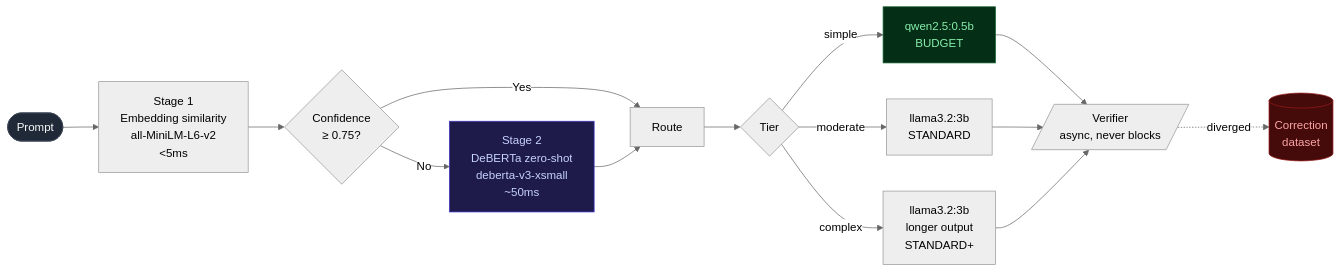
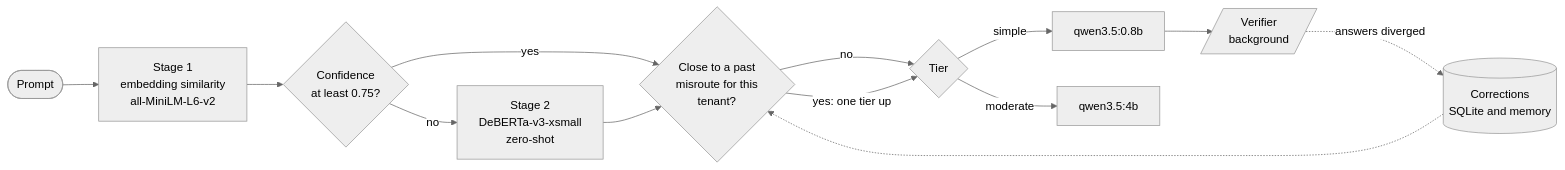
Before and after one commit to adel-saoud/llm-cost-autopilot: the diagram in README.md, drawn with Mermaid (neutral theme). The commit also changed other lines of this file and 19 other files, not shown here.

````diff
--- a/README.md
+++ b/README.md
@@ -115,21 +61,15 @@
 ```mermaid
 flowchart LR
-    P([Prompt]) --> S1[Stage 1<br/>Embedding similarity<br/>all-MiniLM-L6-v2<br/>&lt;5ms]
-    S1 --> C{Confidence<br/>≥ 0.75?}
-    C -- Yes --> R[Route]
-    C -- No --> S2[Stage 2<br/>DeBERTa zero-shot<br/>deberta-v3-xsmall<br/>~50ms]
-    S2 --> R
-    R --> T{Tier}
-    T -- simple --> B[qwen2.5:0.5b<br/>BUDGET]
-    T -- moderate --> M[llama3.2:3b<br/>STANDARD]
-    T -- complex --> H[llama3.2:3b<br/>longer output<br/>STANDARD+]
-    B --> V[/Verifier<br/>async, never blocks/]
-    M --> V
-    H --> V
-    V -.->|diverged| F[(Correction<br/>dataset)]
-
-    style P fill:#1f2937,stroke:#374151,color:#f9fafb
-    style B fill:#052e16,stroke:#166534,color:#86efac
-    style S2 fill:#1e1b4b,stroke:#4338ca,color:#c7d2fe
-    style F fill:#450a0a,stroke:#991b1b,color:#fca5a5
+    P([Prompt]) --> S1[Stage 1<br/>embedding similarity<br/>all-MiniLM-L6-v2]
+    S1 --> C{Confidence<br/>at least 0.75?}
+    C -- yes --> CM{Close to a past<br/>misroute for this<br/>tenant?}
+    C -- no --> S2[Stage 2<br/>DeBERTa-v3-xsmall<br/>zero-shot]
+    S2 --> CM
+    CM -- no --> T{Tier}
+    CM -- yes: one tier up --> T
+    T -- simple --> B[qwen3.5:0.8b]
+    T -- moderate --> M[qwen3.5:4b]
+    B --> V[/Verifier<br/>background/]
+    V -.->|answers diverged| F[(Corrections<br/>SQLite and memory)]
+    F -.-> CM
 ```
````
